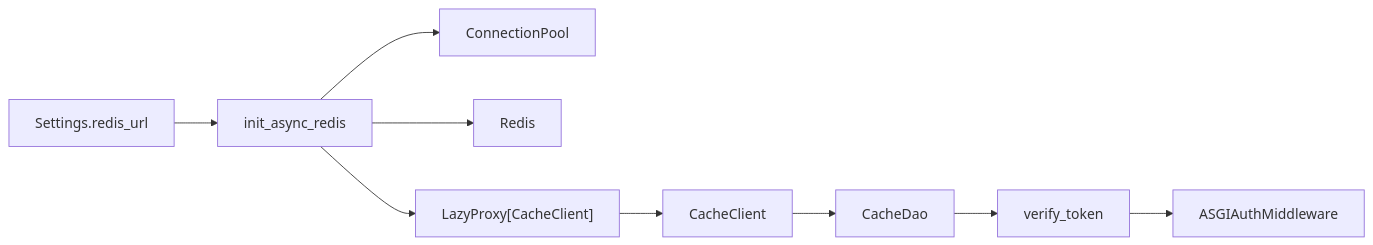
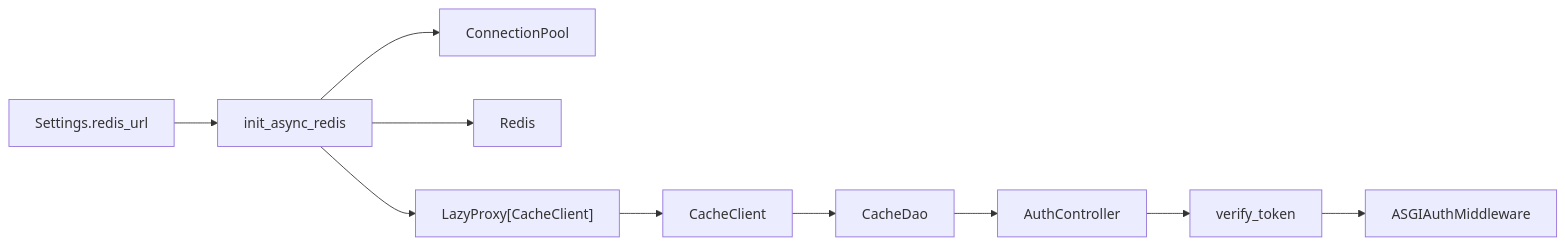
The eighth of 8 diagrams in .qoder/repowiki/zh/content/缓存系统/缓存系统.md (lilinzezzzzzz/fastapi-backend), drawn with Mermaid before and after one commit. The commit also changed other lines of this file and 38 other files, not shown here.

````diff
--- a/.qoder/repowiki/zh/content/缓存系统/缓存系统.md
+++ b/.qoder/repowiki/zh/content/缓存系统/缓存系统.md
@@ -322,11 +393,12 @@
 ```mermaid
 graph LR
 Settings["Settings.redis_url"] --> Infra["init_async_redis"]
 Infra --> Pool["ConnectionPool"]
 Infra --> Redis["Redis"]
 Infra --> Proxy["LazyProxy[CacheClient]"]
 Proxy --> Cache["CacheClient"]
 Cache --> Dao["CacheDao"]
-Dao --> Auth["verify_token"]
+Dao --> AuthCtrl["AuthController"]
+AuthCtrl --> Auth["verify_token"]
 Auth --> MW["ASGIAuthMiddleware"]
 ```
````
